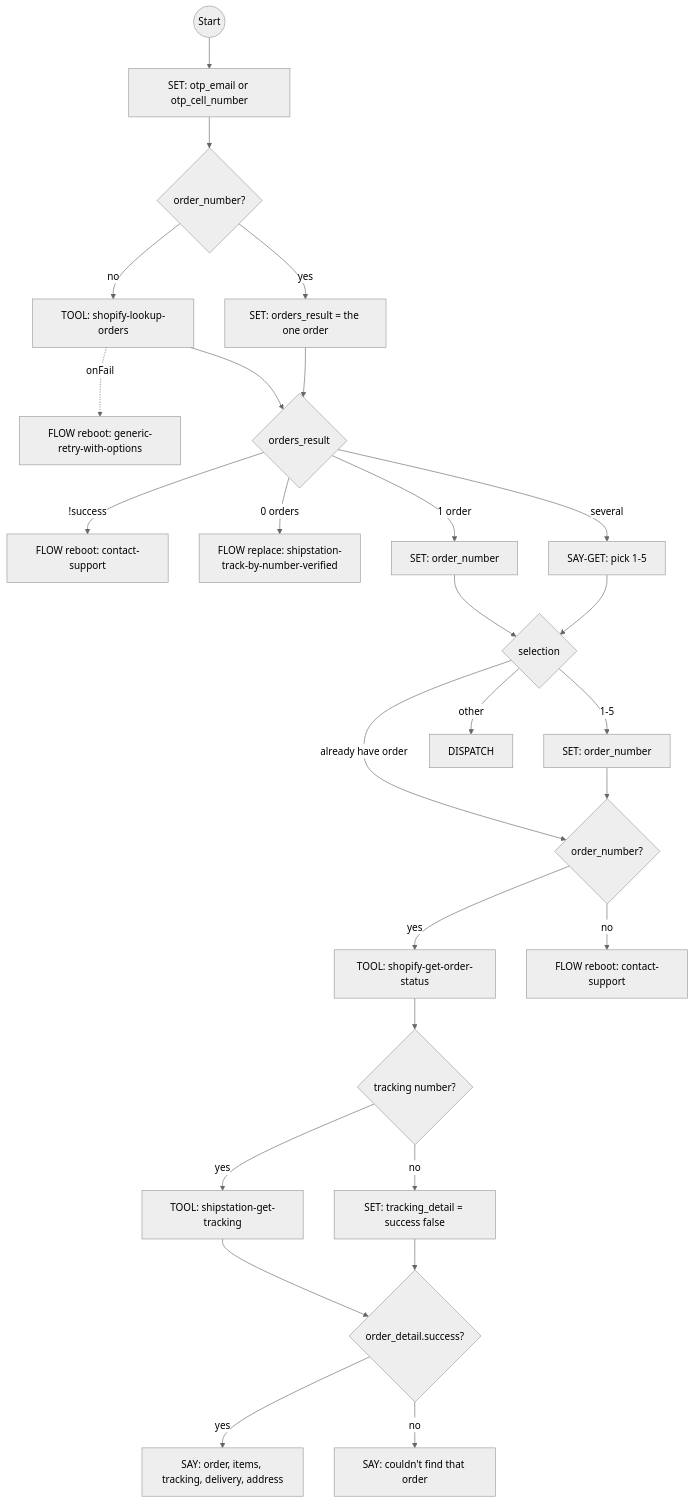
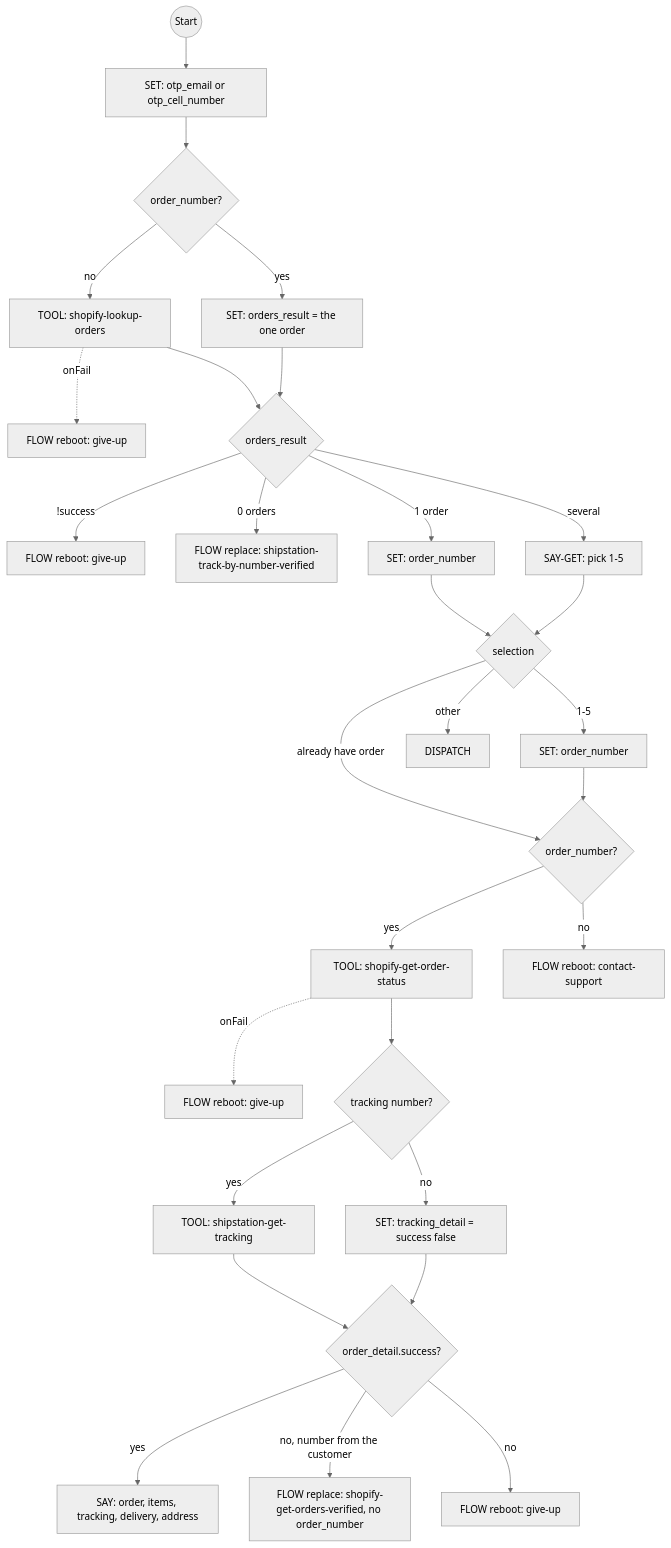
The fourth of 6 diagrams in docs/shopify-flows.md (ronpinkas/jsfe), drawn with Mermaid (neutral theme) before and after one commit. The commit also changed other lines of this file and 1 other file, not shown here.

````diff
--- a/docs/shopify-flows.md
+++ b/docs/shopify-flows.md
@@ -230,28 +232,30 @@
 ```mermaid
 graph TD
     start((Start)) --> set_shopify_identifier[SET: otp_email or otp_cell_number]
     set_shopify_identifier --> has_order{order_number?}
     has_order -->|no| lookup_orders[TOOL: shopify-lookup-orders]
     has_order -->|yes| skip_lookup[SET: orders_result = the one order]
-    lookup_orders -.->|onFail| lookup_failed[FLOW reboot: generic-retry-with-options]
+    lookup_orders -.->|onFail| lookup_failed[FLOW reboot: give-up]
     lookup_orders --> display_orders{orders_result}
     skip_lookup --> display_orders
-    display_orders -->|!success| lookup_error[FLOW reboot: contact-support]
+    display_orders -->|!success| lookup_error[FLOW reboot: give-up]
     display_orders -->|0 orders| no_orders[FLOW replace: shipstation-track-by-number-verified]
     display_orders -->|1 order| single_order_auto[SET: order_number]
     display_orders -->|several| show_orders[SAY-GET: pick 1-5]
     single_order_auto --> handle_selection{selection}
     show_orders --> handle_selection
     handle_selection -->|already have order| get_specific_order{order_number?}
     handle_selection -->|1-5| pick[SET: order_number] --> get_specific_order
     handle_selection -->|other| finished[DISPATCH]
     get_specific_order -->|yes| fetch_order_status[TOOL: shopify-get-order-status]
     get_specific_order -->|no| unexpected_no_order[FLOW reboot: contact-support]
+    fetch_order_status -.->|onFail| order_detail_failed[FLOW reboot: give-up]
     fetch_order_status --> has_tracking{tracking number?}
     has_tracking -->|yes| call_shipstation[TOOL: shipstation-get-tracking]
     has_tracking -->|no| no_tracking[SET: tracking_detail = success false]
     call_shipstation --> show_order_detail{order_detail.success?}
     no_tracking --> show_order_detail
     show_order_detail -->|yes| display_detail[SAY: order, items, tracking, delivery, address]
-    show_order_detail -->|no| order_not_found[SAY: couldn't find that order]
+    show_order_detail -->|no, number from the customer| order_not_found_list_orders[FLOW replace: shopify-get-orders-verified, no order_number]
+    show_order_detail -->|no| order_not_found[FLOW reboot: give-up]
 ```
````
